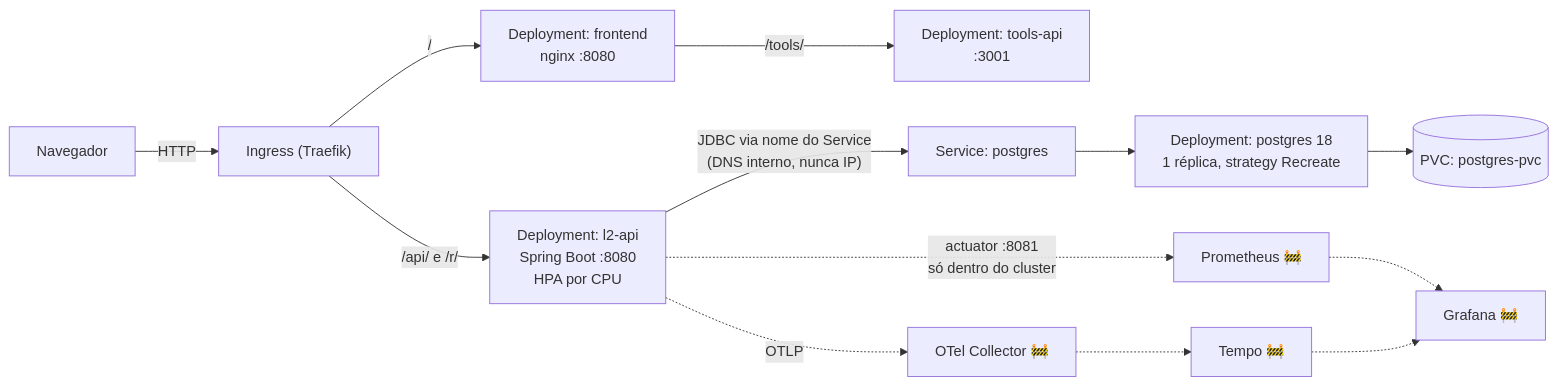
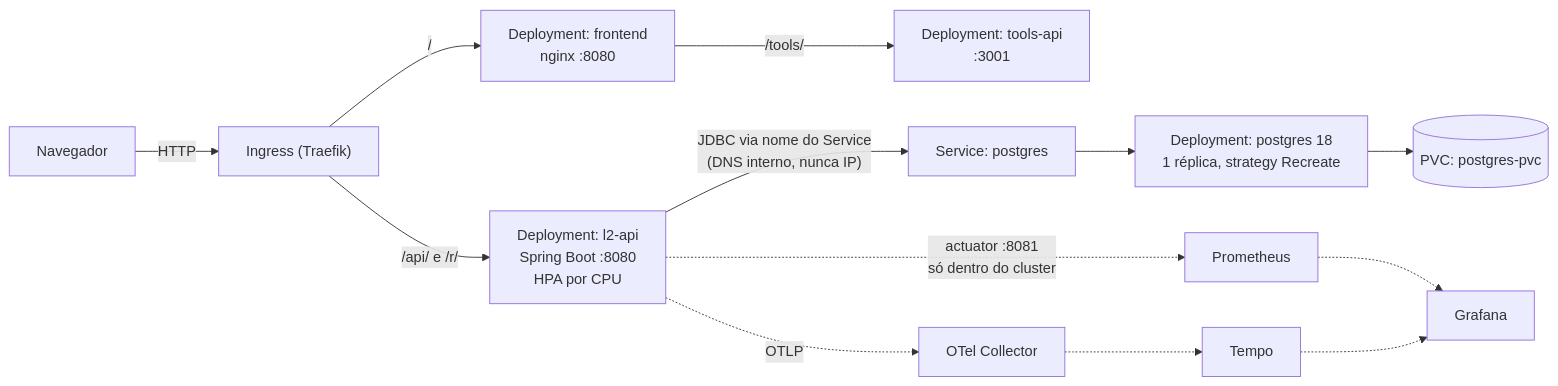
The diagram in README.md (MeloJu/portal-gitops), drawn with Mermaid before and after one commit. The commit also changed other lines of this file and 3 other files, not shown here.

````diff
--- a/README.md
+++ b/README.md
@@ -38,14 +38,14 @@
 ```mermaid
 graph LR
     U["Navegador"] -->|HTTP| T["Ingress (Traefik)"]
     T -->|"/"| FE["Deployment: frontend<br/>nginx :8080"]
     T -->|"/api/ e /r/"| API["Deployment: l2-api<br/>Spring Boot :8080<br/>HPA por CPU"]
     FE -->|"/tools/"| TA["Deployment: tools-api<br/>:3001"]
     API -->|"JDBC via nome do Service<br/>(DNS interno, nunca IP)"| SVC["Service: postgres"]
     SVC --> DB["Deployment: postgres 18<br/>1 réplica, strategy Recreate"]
     DB --> PVC[("PVC: postgres-pvc")]
-    API -.->|"actuator :8081<br/>só dentro do cluster"| PROM["Prometheus 🚧"]
-    API -.->|OTLP| OC["OTel Collector 🚧"] -.-> TE["Tempo 🚧"]
-    PROM -.-> GF["Grafana 🚧"]
+    API -.->|"actuator :8081<br/>só dentro do cluster"| PROM["Prometheus"]
+    API -.->|OTLP| OC["OTel Collector"] -.-> TE["Tempo"]
+    PROM -.-> GF["Grafana"]
     TE -.-> GF
 ```
````
